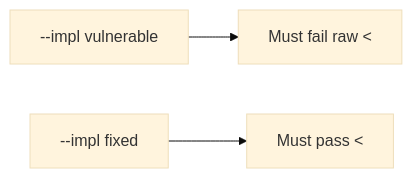
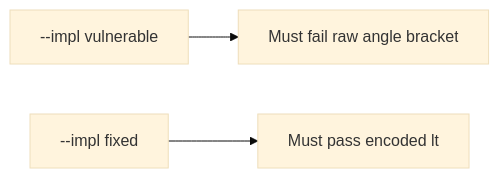
The diagram in content/modules/6/6.2/lessons/05-verify.md (ishitvagoel/LearnSecurity), drawn with Mermaid (base theme) before and after one commit. The commit also changed other lines of this file and 28 other files, not shown here.

````diff
--- a/content/modules/6/6.2/lessons/05-verify.md
+++ b/content/modules/6/6.2/lessons/05-verify.md
@@ -15,5 +15,5 @@
 ```mermaid
 flowchart LR
-  V["--impl vulnerable"] --> F["Must fail raw <"]
-  X["--impl fixed"] --> P["Must pass &lt;"]
+  V["--impl vulnerable"] --> F["Must fail raw angle bracket"]
+  X["--impl fixed"] --> P["Must pass encoded lt"]
 ```
````
